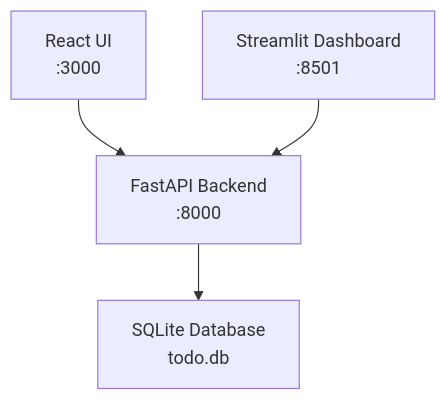
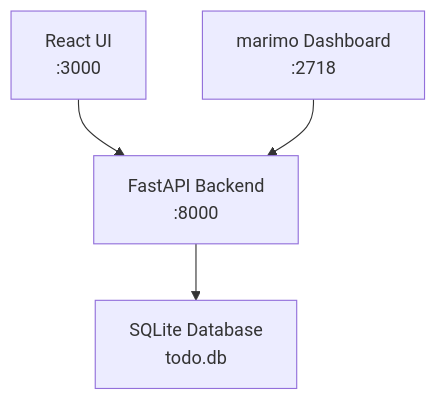
Before and after one commit to asakaguchi/cc-safe-stack: the diagram in specs/examples/todo-app.spec.md, drawn with Mermaid. The commit also changed other lines of this file and 82 other files, not shown here.

````diff
--- a/specs/examples/todo-app.spec.md
+++ b/specs/examples/todo-app.spec.md
@@ -44,6 +44,6 @@
 ```mermaid
 graph TB
     A[React UI<br/>:3000] --> C[FastAPI Backend<br/>:8000]
-    B[Streamlit Dashboard<br/>:8501] --> C
+    B[marimo Dashboard<br/>:2718] --> C
     C --> D[SQLite Database<br/>todo.db]
 ```
````
